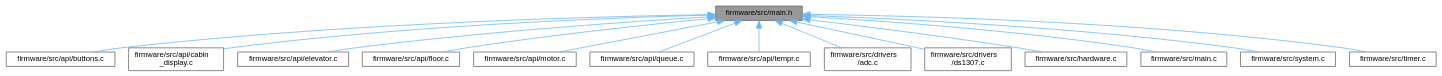
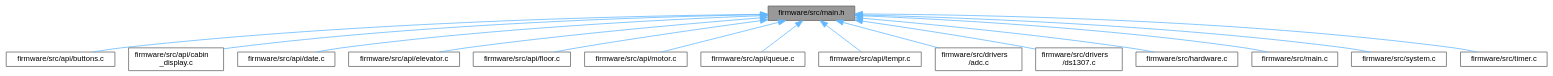
The diagram in dev/main_8h__dep__incl.dot (Ghaadyy/elevator-controller), drawn with Graphviz before and after one commit. The commit also changed 90 other files, not shown here.

```diff
--- a/dev/main_8h__dep__incl.dot
+++ b/dev/main_8h__dep__incl.dot
@@ -1,34 +1,36 @@
 digraph "firmware/src/main.h"
 {
  // LATEX_PDF_SIZE
   bgcolor="transparent";
   edge [fontname=Helvetica,fontsize=10,labelfontname=Helvetica,labelfontsize=10];
   node [fontname=Helvetica,fontsize=10,shape=box,height=0.2,width=0.4];
   Node1 [id="Node000001",label="firmware/src/main.h",height=0.2,width=0.4,color="gray40", fillcolor="grey60", style="filled", fontcolor="black",tooltip=" "];
   Node1 -> Node2 [id="edge1_Node000001_Node000002",dir="back",color="steelblue1",style="solid",tooltip=" "];
   Node2 [id="Node000002",label="firmware/src/api/buttons.c",height=0.2,width=0.4,color="grey40", fillcolor="white", style="filled",URL="$buttons_8c.html",tooltip=" "];
   Node1 -> Node3 [id="edge2_Node000001_Node000003",dir="back",color="steelblue1",style="solid",tooltip=" "];
   Node3 [id="Node000003",label="firmware/src/api/cabin\l_display.c",height=0.2,width=0.4,color="grey40", fillcolor="white", style="filled",URL="$cabin__display_8c.html",tooltip=" "];
   Node1 -> Node4 [id="edge3_Node000001_Node000004",dir="back",color="steelblue1",style="solid",tooltip=" "];
-  Node4 [id="Node000004",label="firmware/src/api/elevator.c",height=0.2,width=0.4,color="grey40", fillcolor="white", style="filled",URL="$elevator_8c.html",tooltip="The scheduler for the elevator."];
+  Node4 [id="Node000004",label="firmware/src/api/date.c",height=0.2,width=0.4,color="grey40", fillcolor="white", style="filled",URL="$date_8c.html",tooltip=" "];
   Node1 -> Node5 [id="edge4_Node000001_Node000005",dir="back",color="steelblue1",style="solid",tooltip=" "];
-  Node5 [id="Node000005",label="firmware/src/api/floor.c",height=0.2,width=0.4,color="grey40", fillcolor="white", style="filled",URL="$floor_8c.html",tooltip="Implementation of the floor monitor API."];
+  Node5 [id="Node000005",label="firmware/src/api/elevator.c",height=0.2,width=0.4,color="grey40", fillcolor="white", style="filled",URL="$elevator_8c.html",tooltip="The scheduler for the elevator."];
   Node1 -> Node6 [id="edge5_Node000001_Node000006",dir="back",color="steelblue1",style="solid",tooltip=" "];
-  Node6 [id="Node000006",label="firmware/src/api/motor.c",height=0.2,width=0.4,color="grey40", fillcolor="white", style="filled",URL="$motor_8c.html",tooltip=" "];
+  Node6 [id="Node000006",label="firmware/src/api/floor.c",height=0.2,width=0.4,color="grey40", fillcolor="white", style="filled",URL="$floor_8c.html",tooltip="Implementation of the floor monitor API."];
   Node1 -> Node7 [id="edge6_Node000001_Node000007",dir="back",color="steelblue1",style="solid",tooltip=" "];
-  Node7 [id="Node000007",label="firmware/src/api/queue.c",height=0.2,width=0.4,color="grey40", fillcolor="white", style="filled",URL="$queue_8c.html",tooltip=" "];
+  Node7 [id="Node000007",label="firmware/src/api/motor.c",height=0.2,width=0.4,color="grey40", fillcolor="white", style="filled",URL="$motor_8c.html",tooltip=" "];
   Node1 -> Node8 [id="edge7_Node000001_Node000008",dir="back",color="steelblue1",style="solid",tooltip=" "];
-  Node8 [id="Node000008",label="firmware/src/api/tempr.c",height=0.2,width=0.4,color="grey40", fillcolor="white", style="filled",URL="$tempr_8c.html",tooltip=" "];
+  Node8 [id="Node000008",label="firmware/src/api/queue.c",height=0.2,width=0.4,color="grey40", fillcolor="white", style="filled",URL="$queue_8c.html",tooltip=" "];
   Node1 -> Node9 [id="edge8_Node000001_Node000009",dir="back",color="steelblue1",style="solid",tooltip=" "];
-  Node9 [id="Node000009",label="firmware/src/drivers\l/adc.c",height=0.2,width=0.4,color="grey40", fillcolor="white", style="filled",URL="$adc_8c.html",tooltip=" "];
+  Node9 [id="Node000009",label="firmware/src/api/tempr.c",height=0.2,width=0.4,color="grey40", fillcolor="white", style="filled",URL="$tempr_8c.html",tooltip=" "];
   Node1 -> Node10 [id="edge9_Node000001_Node000010",dir="back",color="steelblue1",style="solid",tooltip=" "];
-  Node10 [id="Node000010",label="firmware/src/drivers\l/ds1307.c",height=0.2,width=0.4,color="grey40", fillcolor="white", style="filled",URL="$ds1307_8c.html",tooltip=" "];
+  Node10 [id="Node000010",label="firmware/src/drivers\l/adc.c",height=0.2,width=0.4,color="grey40", fillcolor="white", style="filled",URL="$adc_8c.html",tooltip=" "];
   Node1 -> Node11 [id="edge10_Node000001_Node000011",dir="back",color="steelblue1",style="solid",tooltip=" "];
-  Node11 [id="Node000011",label="firmware/src/hardware.c",height=0.2,width=0.4,color="grey40", fillcolor="white", style="filled",URL="$hardware_8c.html",tooltip=" "];
+  Node11 [id="Node000011",label="firmware/src/drivers\l/ds1307.c",height=0.2,width=0.4,color="grey40", fillcolor="white", style="filled",URL="$ds1307_8c.html",tooltip="The DS1307 driver."];
   Node1 -> Node12 [id="edge11_Node000001_Node000012",dir="back",color="steelblue1",style="solid",tooltip=" "];
-  Node12 [id="Node000012",label="firmware/src/main.c",height=0.2,width=0.4,color="grey40", fillcolor="white", style="filled",URL="$main_8c.html",tooltip=" "];
+  Node12 [id="Node000012",label="firmware/src/hardware.c",height=0.2,width=0.4,color="grey40", fillcolor="white", style="filled",URL="$hardware_8c.html",tooltip=" "];
   Node1 -> Node13 [id="edge12_Node000001_Node000013",dir="back",color="steelblue1",style="solid",tooltip=" "];
-  Node13 [id="Node000013",label="firmware/src/system.c",height=0.2,width=0.4,color="grey40", fillcolor="white", style="filled",URL="$system_8c.html",tooltip=" "];
+  Node13 [id="Node000013",label="firmware/src/main.c",height=0.2,width=0.4,color="grey40", fillcolor="white", style="filled",URL="$main_8c.html",tooltip=" "];
   Node1 -> Node14 [id="edge13_Node000001_Node000014",dir="back",color="steelblue1",style="solid",tooltip=" "];
-  Node14 [id="Node000014",label="firmware/src/timer.c",height=0.2,width=0.4,color="grey40", fillcolor="white", style="filled",URL="$timer_8c.html",tooltip=" "];
+  Node14 [id="Node000014",label="firmware/src/system.c",height=0.2,width=0.4,color="grey40", fillcolor="white", style="filled",URL="$system_8c.html",tooltip=" "];
+  Node1 -> Node15 [id="edge14_Node000001_Node000015",dir="back",color="steelblue1",style="solid",tooltip=" "];
+  Node15 [id="Node000015",label="firmware/src/timer.c",height=0.2,width=0.4,color="grey40", fillcolor="white", style="filled",URL="$timer_8c.html",tooltip=" "];
 }
```
